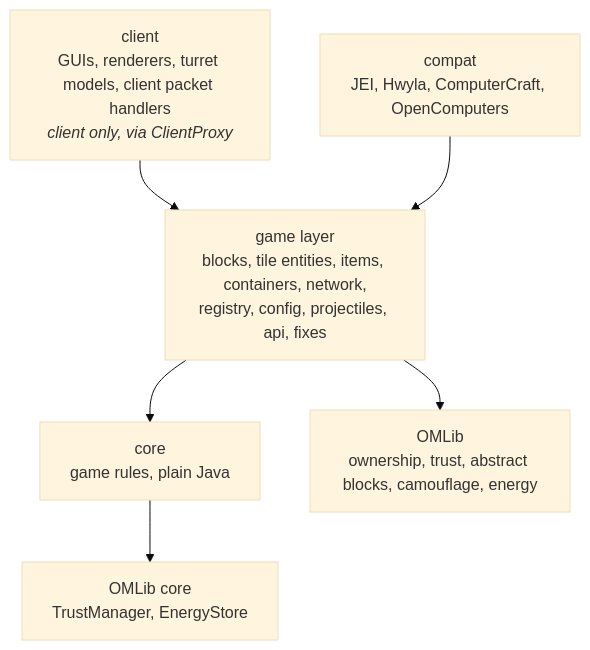
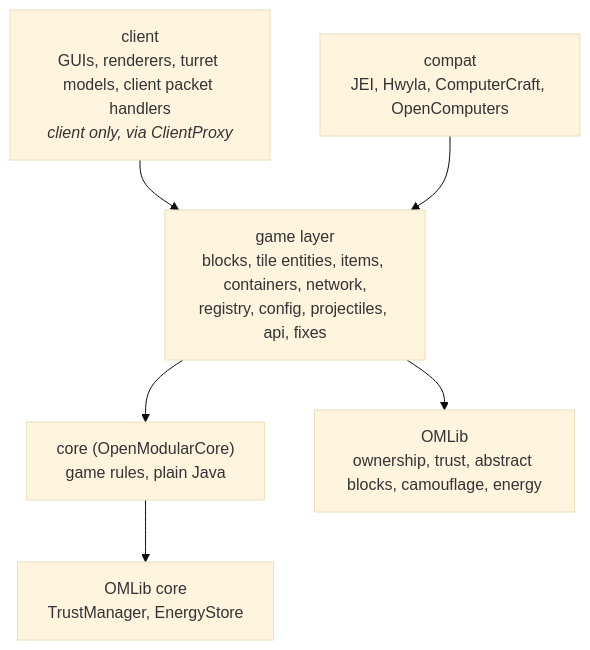
Before and after one commit to OpenModularTurretsTeam/OpenModularTurrets: the diagram in docs/architecture.md, drawn with Mermaid (base theme). The commit also changed other lines of this file, not shown here.

First line of the commit message:
Describe the shared core in the architecture guide

````diff
--- a/docs/architecture.md
+++ b/docs/architecture.md
@@ -22,13 +24,13 @@
 ```mermaid
 flowchart TB
     client["client<br/>GUIs, renderers, turret models, client packet handlers<br/><i>client only, via ClientProxy</i>"]
     game["game layer<br/>blocks, tile entities, items, containers, network,<br/>registry, config, projectiles, api, fixes"]
     compat["compat<br/>JEI, Hwyla, ComputerCraft, OpenComputers"]
-    core["core<br/>game rules, plain Java"]
+    core["core (OpenModularCore)<br/>game rules, plain Java"]
     omlib["OMLib<br/>ownership, trust, abstract blocks, camouflage, energy"]
     client --> game
     compat --> game
     game --> core
     game --> omlib
     core --> omlibcore["OMLib core<br/>TrustManager, EnergyStore"]
 ```
````
